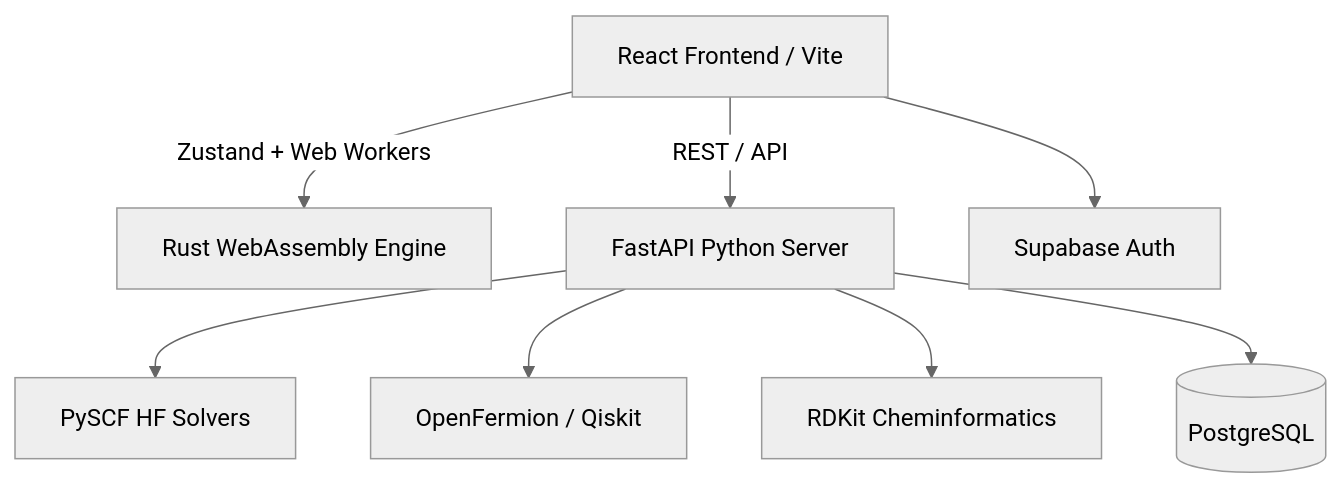
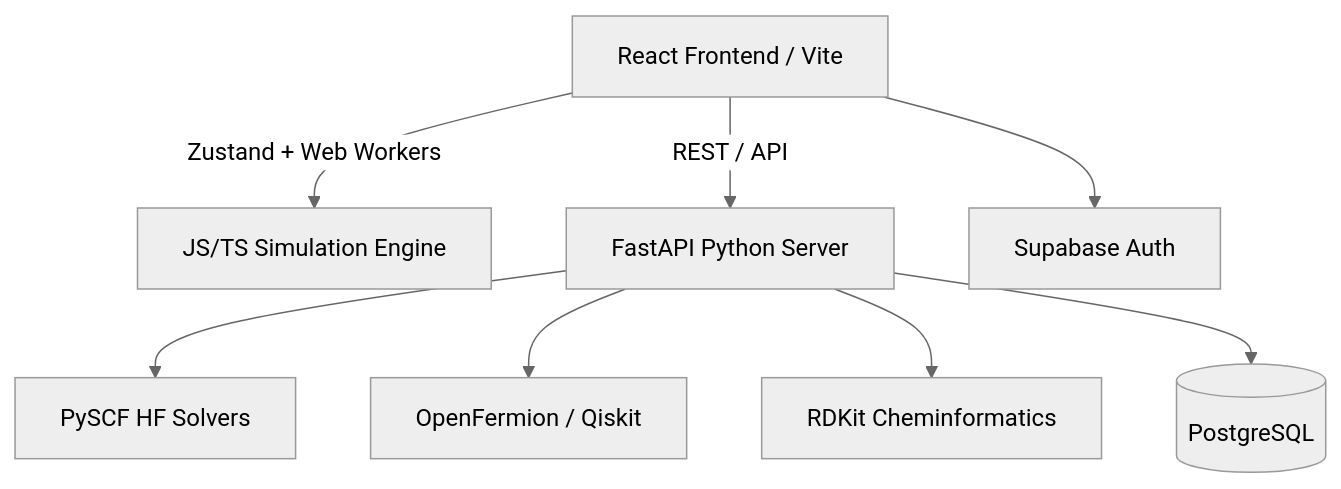
One commit to alphaparadoxQC/alpha-paradox-main-workflow- changed the diagram in README.md. Above: the diagram before and after it, drawn with Mermaid (neutral theme). The commit also changed other lines of this file and 17 other files, not shown here.

Commit message:
feat: implement density matrix simulation engine and quantum UI components

````diff
--- a/README.md
+++ b/README.md
@@ -61,12 +61,12 @@
 ```mermaid
 graph TD
-    UI[React Frontend / Vite] -->|Zustand + Web Workers| WASM[Rust WebAssembly Engine]
+    UI[React Frontend / Vite] -->|Zustand + Web Workers| TS[JS/TS Simulation Engine]
     UI -->|REST / API| Backend[FastAPI Python Server]
     
     Backend --> PySCF[PySCF HF Solvers]
     Backend --> OpenFermion[OpenFermion / Qiskit]
     Backend --> RDKit[RDKit Cheminformatics]
 
     UI --> Auth[Supabase Auth]
     Backend --> DB[(PostgreSQL)]
 ```
````
